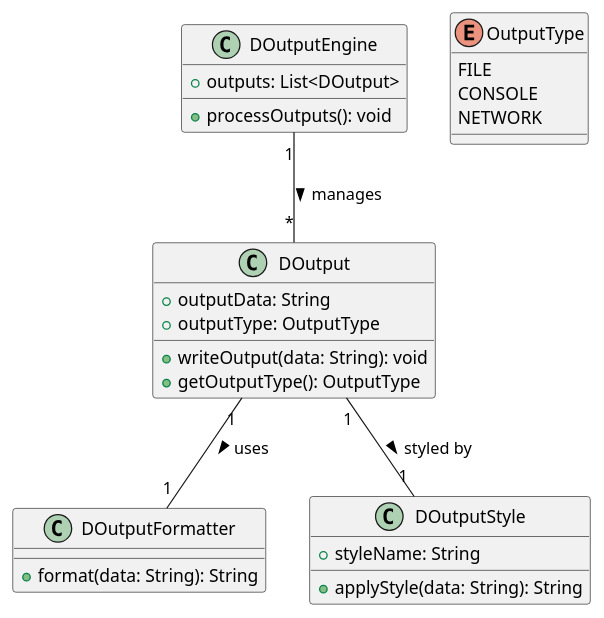
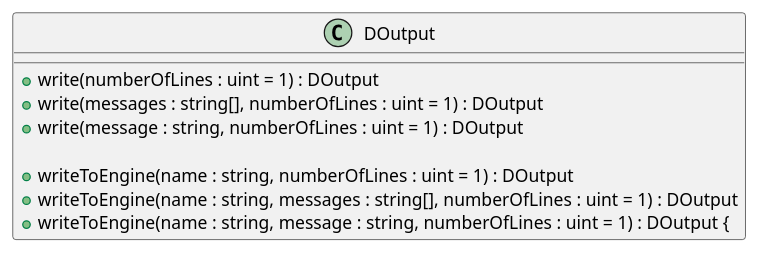
Before and after one commit to UIMSolutions/uim-base: the diagram in io/source/uim/io/classes/outputs/output.plantuml, drawn with PlantUML. The commit also changed 7 other files, not shown here.

Commit message:
Add new error and output engine modules; refactor package structure and update UML diagram

```diff
--- a/io/source/uim/io/classes/outputs/output.plantuml
+++ b/io/source/uim/io/classes/outputs/output.plantuml
@@ -1,34 +1,13 @@
 @startuml
 
 class DOutput {
-    +outputData: String
-    +outputType: OutputType
-    +writeOutput(data: String): void
-    +getOutputType(): OutputType
+    + write(numberOfLines : uint = 1) : DOutput
+    + write(messages : string[], numberOfLines : uint = 1) : DOutput
+    + write(message : string, numberOfLines : uint = 1) : DOutput
+
+    + writeToEngine(name : string, numberOfLines : uint = 1) : DOutput
+    + writeToEngine(name : string, messages : string[], numberOfLines : uint = 1) : DOutput
+    + writeToEngine(name : string, message : string, numberOfLines : uint = 1) : DOutput {
 }
 
-class DOutputEngine {
-    +outputs: List<DOutput>
-    +processOutputs(): void
-}
-
-class DOutputFormatter {
-    +format(data: String): String
-}
-
-class DOutputStyle {
-    +styleName: String
-    +applyStyle(data: String): String
-}
-
-enum OutputType {
-    FILE
-    CONSOLE
-    NETWORK
-}
-
-DOutputEngine "1" -- "*" DOutput : manages >
-DOutput "1" -- "1" DOutputFormatter : uses >
-DOutput "1" -- "1" DOutputStyle : styled by >
-
 @enduml
```
